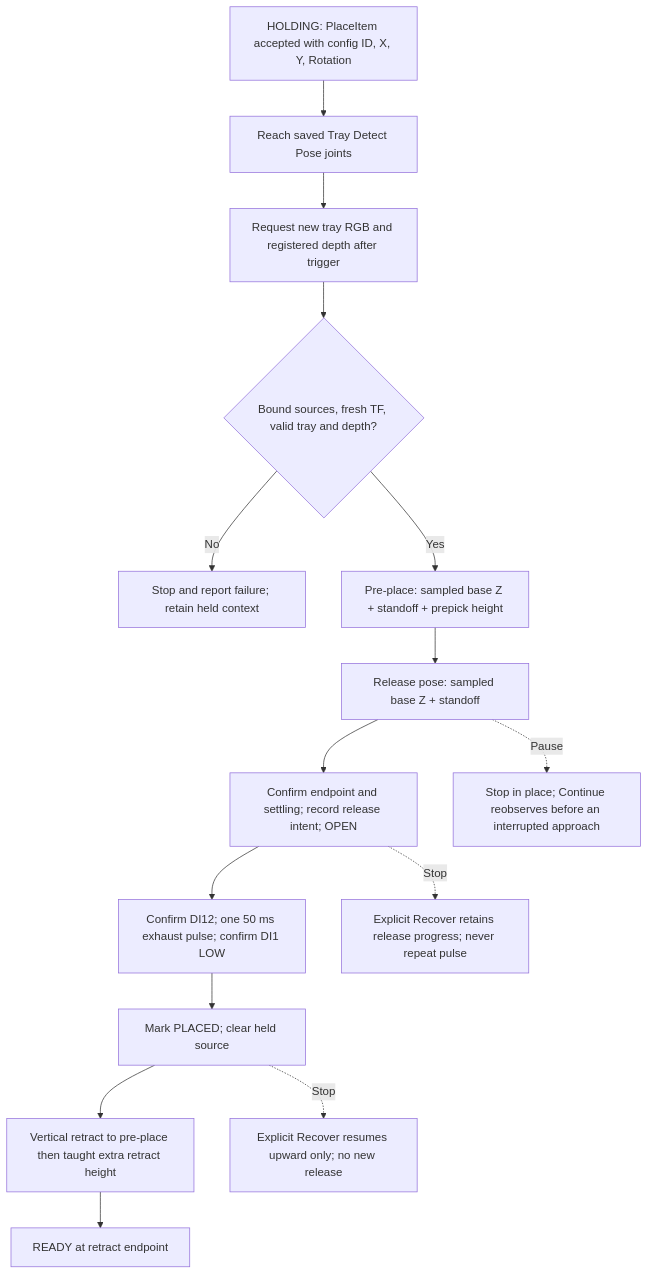
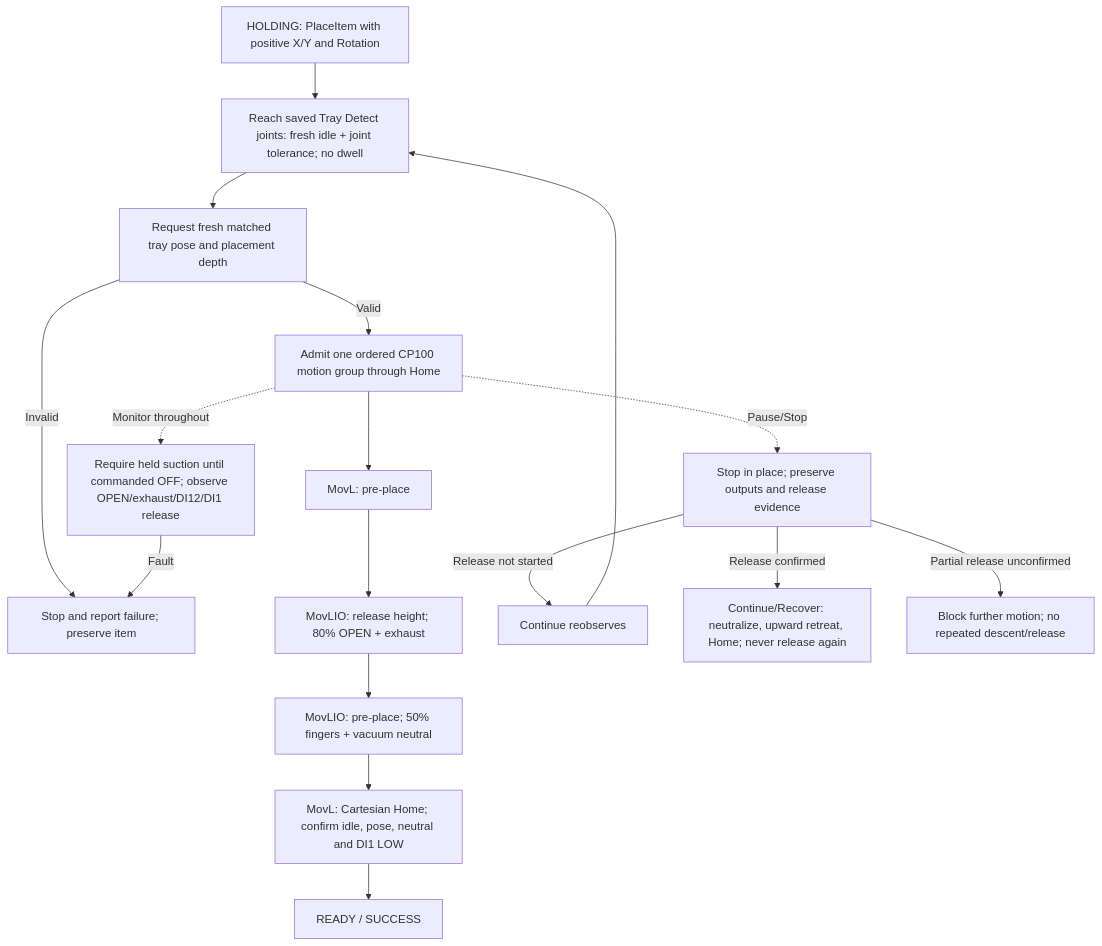
The fourth of 7 diagrams in docs/ROBOT_CONTROLLER_FSM.md (esgange/dobot_picknplace_yolo), drawn with Mermaid before and after one commit. The commit also changed other lines of this file and 12 other files, not shown here.

Commit message:
Queue timed tray placement through Home

````diff
--- a/docs/ROBOT_CONTROLLER_FSM.md
+++ b/docs/ROBOT_CONTROLLER_FSM.md
@@ -203,17 +204,19 @@
 ```mermaid
 flowchart TD
-    Accept["HOLDING: PlaceItem accepted with config ID, X, Y, Rotation"] --> Observe["Reach saved Tray Detect Pose joints"]
-    Observe --> Depth["Request new tray RGB and registered depth after trigger"]
-    Depth --> Check{"Bound sources, fresh TF, valid tray and depth?"}
-    Check -->|No| Stop["Stop and report failure; retain held context"]
-    Check -->|Yes| Pre["Pre-place: sampled base Z + standoff + prepick height"]
-    Pre --> ReleasePose["Release pose: sampled base Z + standoff"]
-    ReleasePose --> Open["Confirm endpoint and settling; record release intent; OPEN"]
-    Open --> Sensor["Confirm DI12; one 50 ms exhaust pulse; confirm DI1 LOW"]
-    Sensor --> Placed["Mark PLACED; clear held source"]
-    Placed --> Retract["Vertical retract to pre-place then taught extra retract height"]
-    Retract --> Ready["READY at retract endpoint"]
-    Open -. Stop .-> Recover["Explicit Recover retains release progress; never repeat pulse"]
-    Placed -. Stop .-> Up["Explicit Recover resumes upward only; no new release"]
-    ReleasePose -. Pause .-> Paused["Stop in place; Continue reobserves before an interrupted approach"]
+    Request["HOLDING: PlaceItem with positive X/Y and Rotation"] --> Observe["Reach saved Tray Detect joints: fresh idle + joint tolerance; no dwell"]
+    Observe --> Depth["Request fresh matched tray pose and placement depth"]
+    Depth -->|Invalid| Stop["Stop and report failure; preserve item"]
+    Depth -->|Valid| Queue["Admit one ordered CP100 motion group through Home"]
+    Queue --> Pre["MovL: pre-place"]
+    Pre --> Release["MovLIO: release height; 80% OPEN + exhaust"]
+    Release --> Retract["MovLIO: pre-place; 50% fingers + vacuum neutral"]
+    Retract --> Home["MovL: Cartesian Home; confirm idle, pose, neutral and DI1 LOW"]
+    Home --> Ready["READY / SUCCESS"]
+    Queue -. "Monitor throughout" .-> Feedback["Require held suction until commanded OFF; observe OPEN/exhaust/DI12/DI1 release"]
+    Feedback -->|Fault| Stop
+    Queue -. "Pause/Stop" .-> Stopped["Stop in place; preserve outputs and release evidence"]
+    Stopped -->|Release not started| Retry["Continue reobserves"]
+    Retry --> Observe
+    Stopped -->|Release confirmed| Recover["Continue/Recover: neutralize, upward retreat, Home; never release again"]
+    Stopped -->|Partial release unconfirmed| Block["Block further motion; no repeated descent/release"]
 ```
````
